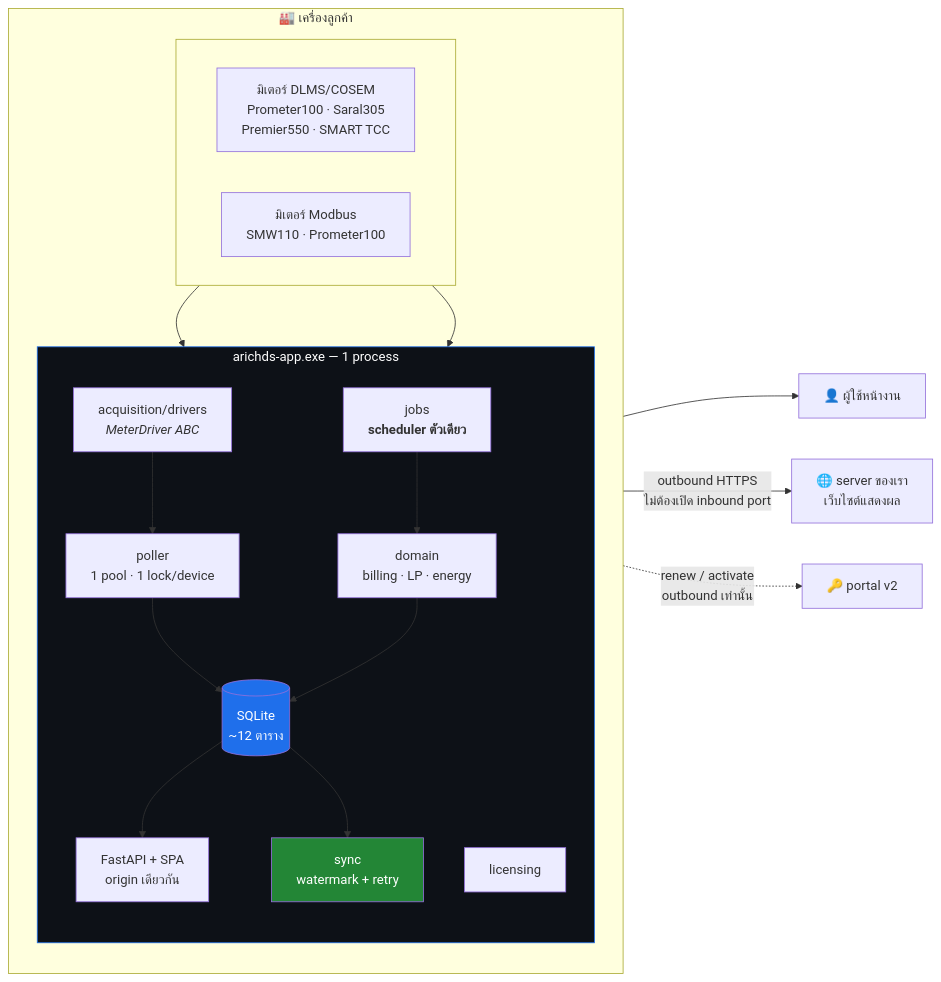
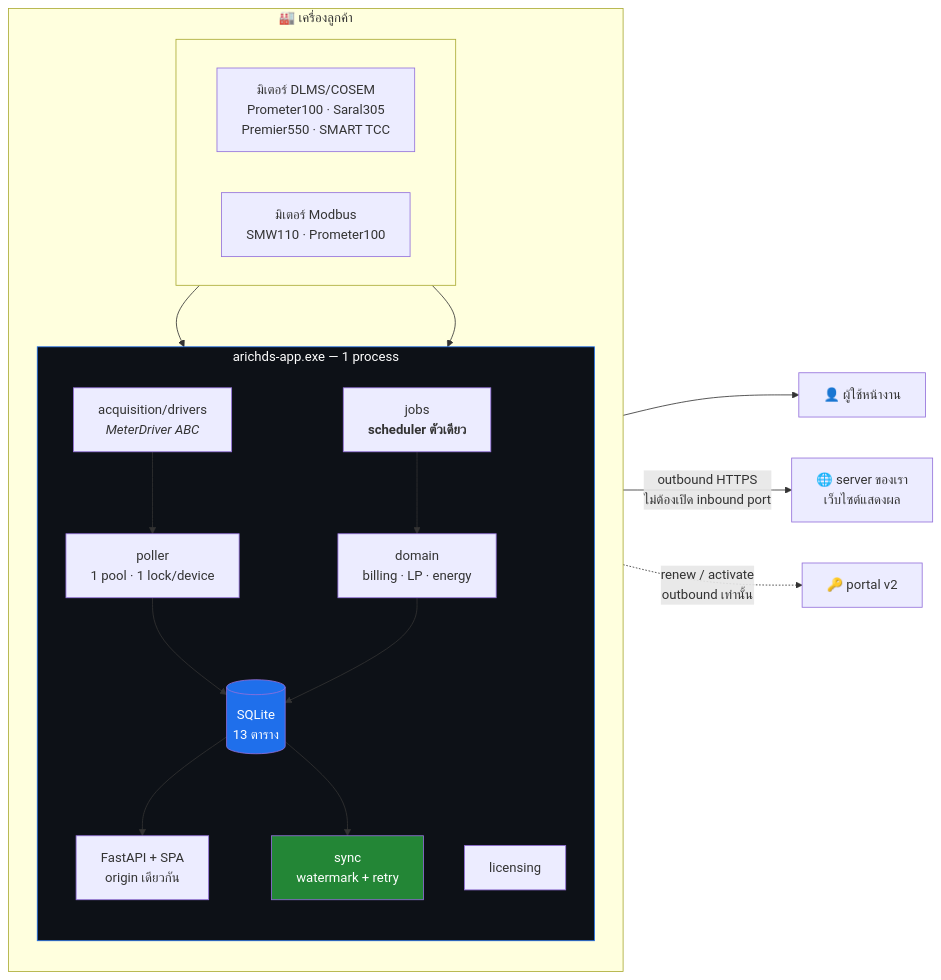
One commit to sunchanin/arichds-application-v2 changed the third of 4 diagrams in docs/REMAKE-PLAN.md. Above: the diagram before and after it, drawn with Mermaid. The commit also changed other lines of this file and 31 other files, not shown here.

````diff
--- a/docs/REMAKE-PLAN.md
+++ b/docs/REMAKE-PLAN.md
@@ -91,37 +95,37 @@
 ```mermaid
 flowchart LR
     subgraph SITE["🏭 เครื่องลูกค้า"]
         direction TB
         subgraph METERS[" "]
             direction LR
             MD["มิเตอร์ DLMS/COSEM<br/>Prometer100 · Saral305<br/>Premier550 · SMART TCC"]
             MM["มิเตอร์ Modbus<br/>SMW110 · Prometer100"]
         end
         subgraph APP["arichds-app.exe — 1 process"]
             direction TB
             DRV["acquisition/drivers<br/><i>MeterDriver ABC</i>"]
             POLL["poller<br/>1 pool · 1 lock/device"]
             JOBS["jobs<br/><b>scheduler ตัวเดียว</b>"]
             DOM["domain<br/>billing · LP · energy"]
-            DB[("SQLite<br/>~12 ตาราง")]
+            DB[("SQLite<br/>13 ตาราง")]
             SYNC["sync<br/>watermark + retry"]
             API["FastAPI + SPA<br/>origin เดียวกัน"]
             LIC["licensing"]
         end
     end
     SRV["🌐 server ของเรา<br/>เว็บไซต์แสดงผล"]
     PRT["🔑 portal v2"]
     USR["👤 ผู้ใช้หน้างาน"]
 
     MD --> DRV
     MM --> DRV
     DRV --> POLL --> DB
     JOBS --> DOM --> DB
     DB --> API --> USR
     DB --> SYNC -- "outbound HTTPS<br/>ไม่ต้องเปิด inbound port" --> SRV
     LIC -. "renew / activate<br/>outbound เท่านั้น" .-> PRT
 
     style APP fill:#0d1117,stroke:#1f6feb,color:#fff
     style DB fill:#1f6feb,color:#fff
     style SYNC fill:#238636,color:#fff
 ```
````
